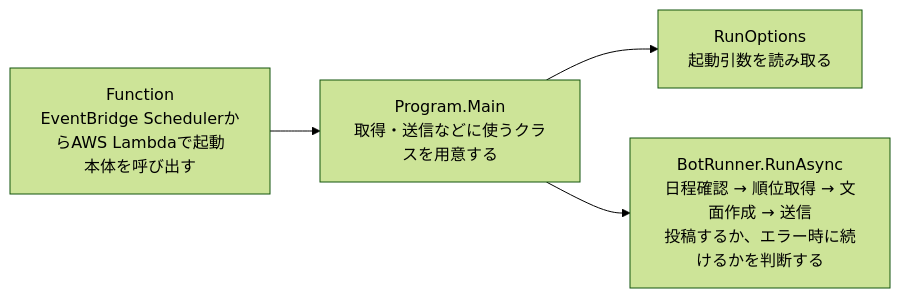
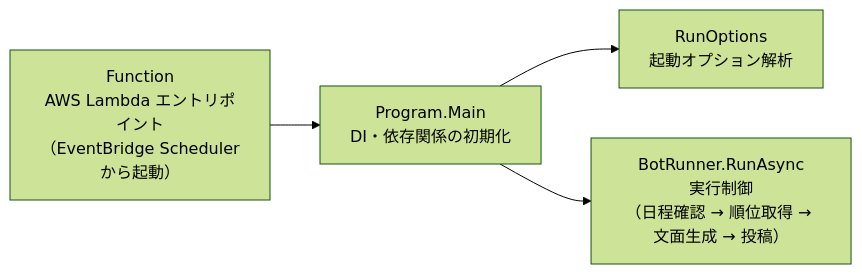
Before and after one commit to shin4488/MlbBot: the first of 4 diagrams in README.md, drawn with Mermaid (forest theme). The commit also changed other lines of this file and 2 other files, not shown here.

````diff
--- a/README.md
+++ b/README.md
@@ -11,10 +12,10 @@
 ```mermaid
 flowchart LR
-    F["Function<br>EventBridge SchedulerからAWS Lambdaで起動<br>本体を呼び出す"] --> P["Program.Main<br>取得・送信などに使うクラスを用意する"]
-    P --> O["RunOptions<br>起動引数を読み取る"]
-    P --> R["BotRunner.RunAsync<br>日程確認 → 順位取得 → 文面作成 → 送信<br>投稿するか、エラー時に続けるかを判断する"]
+    F["Function<br>AWS Lambda エントリポイント<br>（EventBridge Schedulerから起動）"] --> P["Program.Main<br>DI・依存関係の初期化"]
+    P --> O["RunOptions<br>起動オプション解析"]
+    P --> R["BotRunner.RunAsync<br>実行制御<br>（日程確認 → 順位取得 → 文面生成 → 投稿）"]
     click F "TwitterMlbBotExecution/src/TwitterMlbBotExecution/Function.cs"
     click P "TwitterMlbBot/Program.cs"
     click O "TwitterMlbBot/RunOptions.cs"
     click R "TwitterMlbBot/BotRunner.cs"
 ```
````
